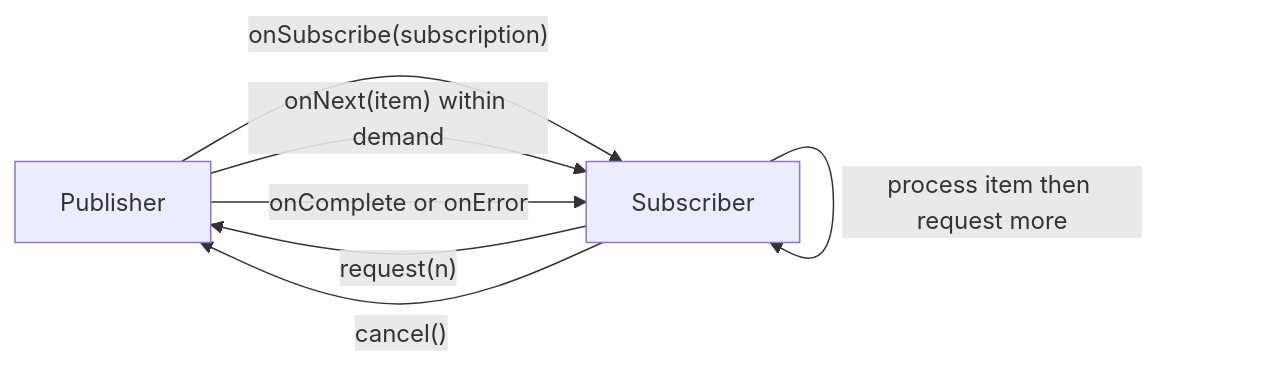
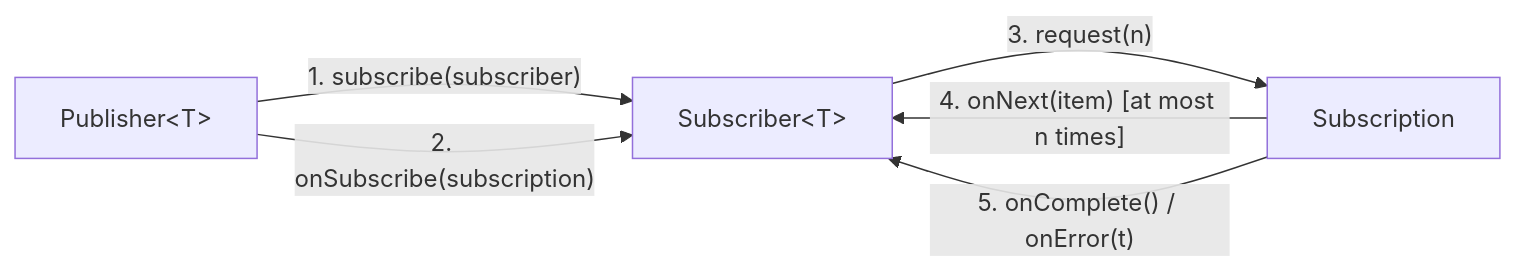
The second of 6 diagrams in content/roadmap/level-4/reactive-programming-basics.md (ravishankar2463/java_hub), drawn with Mermaid before and after one commit. The commit also changed other lines of this file, not shown here.

Commit message:
docs(level-4): rewrite reactive programming with human-first voice, flow backpressure, and project reactor

````diff
--- a/content/roadmap/level-4/reactive-programming-basics.md
+++ b/content/roadmap/level-4/reactive-programming-basics.md
@@ -25,9 +50,12 @@
 ```mermaid
 flowchart LR
-    Publisher["Publisher"] -->|"onSubscribe(subscription)"| Subscriber["Subscriber"]
-    Subscriber -->|"request(n)"| Publisher
-    Publisher -->|"onNext(item) within demand"| Subscriber
-    Subscriber -->|"process item then request more"| Subscriber
-    Publisher -->|"onComplete or onError"| Subscriber
-    Subscriber -->|"cancel()"| Publisher
+    Publisher["Publisher&lt;T&gt;"]
+    Subscriber["Subscriber&lt;T&gt;"]
+    Subscription["Subscription"]
+
+    Publisher -->|"1. subscribe(subscriber)"| Subscriber
+    Publisher -->|"2. onSubscribe(subscription)"| Subscriber
+    Subscriber -->|"3. request(n)"| Subscription
+    Subscription -->|"4. onNext(item) [at most n times]"| Subscriber
+    Subscription -->|"5. onComplete() / onError(t)"| Subscriber
 ```
````
